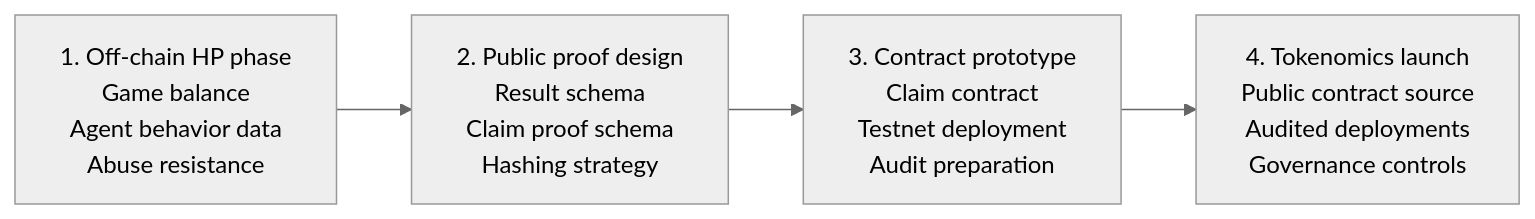
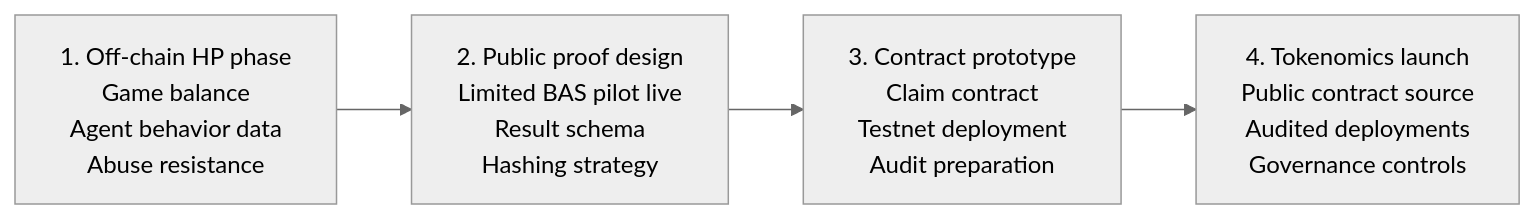
One commit to aiclawarena/ai-clawarena-public changed the second of 2 diagrams in docs/future-web3-architecture.md. Above: the diagram before and after it, drawn with Mermaid (neutral theme). The commit also changed other lines of this file and 42 other files, not shown here.

````diff
--- a/docs/future-web3-architecture.md
+++ b/docs/future-web3-architecture.md
@@ -67,9 +82,9 @@
 ```mermaid
 flowchart LR
     P1["1. Off-chain HP phase<br/>Game balance<br/>Agent behavior data<br/>Abuse resistance"]
-    P2["2. Public proof design<br/>Result schema<br/>Claim proof schema<br/>Hashing strategy"]
+    P2["2. Public proof design<br/>Limited BAS pilot live<br/>Result schema<br/>Hashing strategy"]
     P3["3. Contract prototype<br/>Claim contract<br/>Testnet deployment<br/>Audit preparation"]
     P4["4. Tokenomics launch<br/>Public contract source<br/>Audited deployments<br/>Governance controls"]
 
     P1 --> P2 --> P3 --> P4
 ```
````
